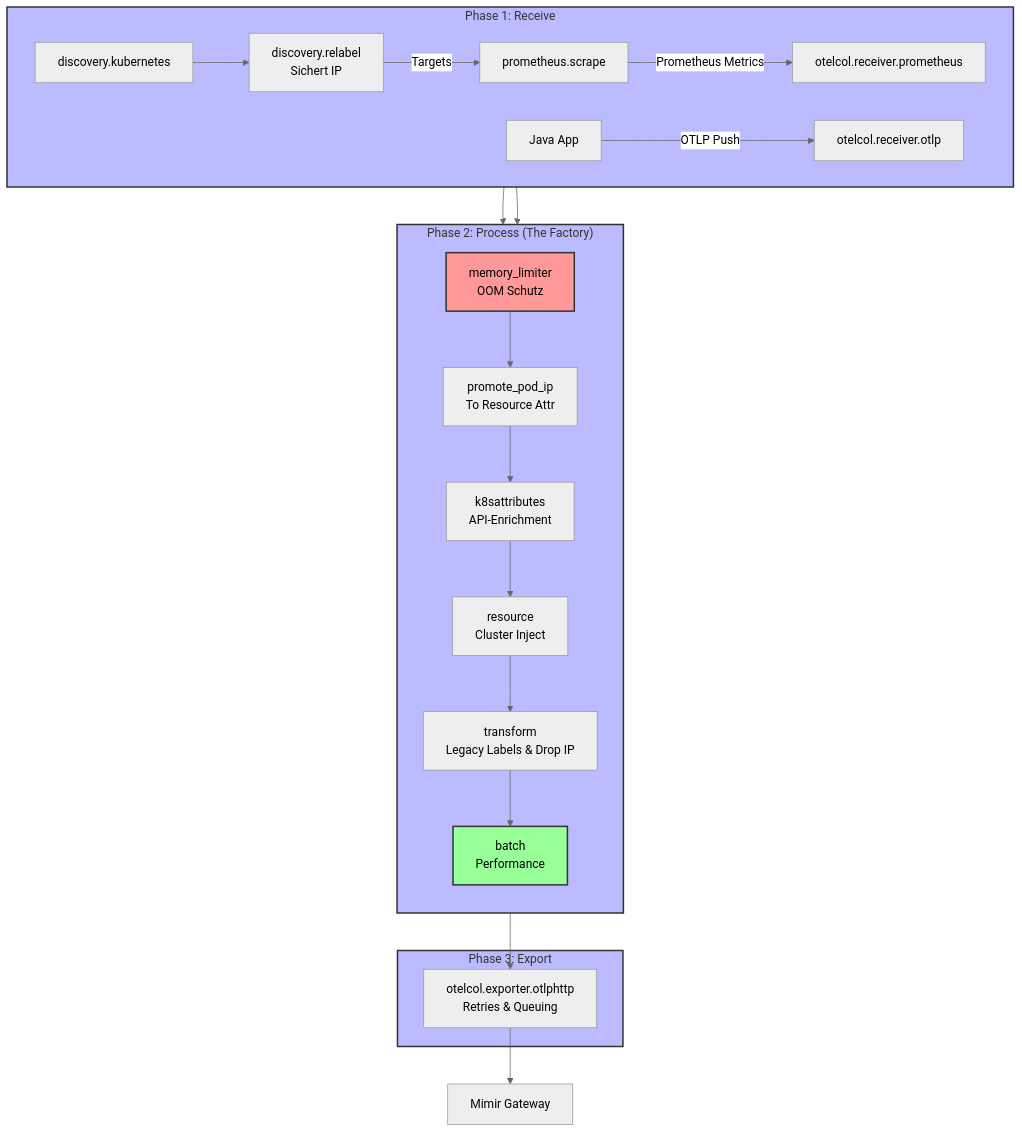
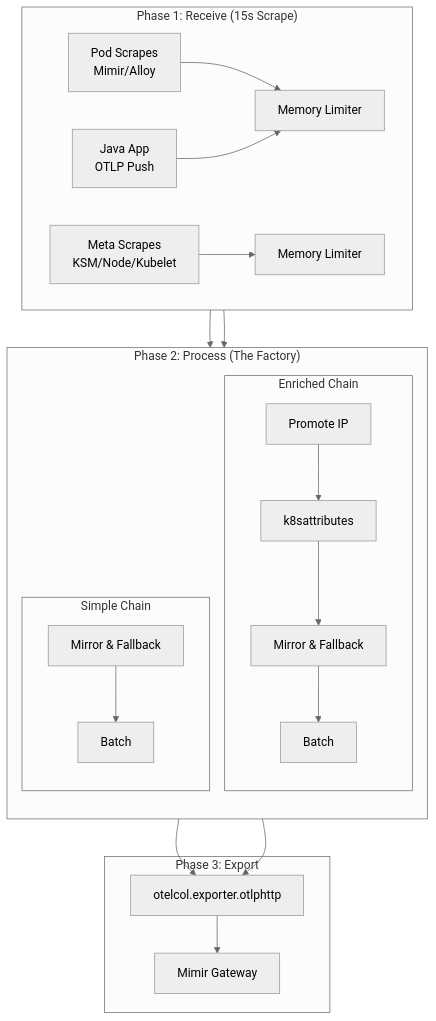
The diagram in docs/data-pipeline-concept.md (saadisfy/bwcloud-gitops), drawn with Mermaid (neutral theme) before and after one commit. The commit also changed other lines of this file and 1 other file, not shown here.

Commit message:
docs: update pipeline concept and add alloy implementation guide

````diff
--- a/docs/data-pipeline-concept.md
+++ b/docs/data-pipeline-concept.md
@@ -251,37 +89,25 @@
 ```mermaid
 flowchart TB
-    subgraph Phase1["Phase 1: Receive"]
+    subgraph Phase1["Phase 1: Receive (15s Scrape)"]
         direction LR
-        SD[discovery.kubernetes] --> RL[discovery.relabel<br/>Sichert IP]
-        RL -- "Targets" --> PS[prometheus.scrape]
-        PS -- "Prometheus Metrics" --> RP[otelcol.receiver.prometheus]
-        
-        APP[Java App] -- "OTLP Push" --> RO[otelcol.receiver.otlp]
+        PODS[Pod Scrapes<br/>Mimir/Alloy] --> ENR_IN
+        META[Meta Scrapes<br/>KSM/Node/Kubelet] --> SIM_IN
+        APP[Java App<br/>OTLP Push] --> ENR_IN
     end
 
     subgraph Phase2["Phase 2: Process (The Factory)"]
         direction TB
-        ML[memory_limiter<br/>OOM Schutz] --> PP[promote_pod_ip<br/>To Resource Attr]
-        PP --> KA[k8sattributes<br/>API-Enrichment]
-        KA --> RS[resource<br/>Cluster Inject]
-        RS --> TF[transform<br/>Legacy Labels & Drop IP]
-        TF --> BA[batch<br/>Performance]
+        subgraph Enriched["Enriched Chain"]
+            ENR_IN[Memory Limiter] --> ENR_PP[Promote IP] --> ENR_KA[k8sattributes] --> ENR_MIR[Mirror & Fallback] --> ENR_BAT[Batch]
+        end
+        subgraph Simple["Simple Chain"]
+            SIM_IN[Memory Limiter] --> SIM_MIR[Mirror & Fallback] --> SIM_BAT[Batch]
+        end
     end
 
     subgraph Phase3["Phase 3: Export"]
-        OTLP[otelcol.exporter.otlphttp<br/>Retries & Queuing]
+        ENR_BAT --> OTLP[otelcol.exporter.otlphttp]
+        SIM_BAT --> OTLP
+        OTLP --> GW[Mimir Gateway]
     end
-
-    %% Connections
-    RP --> ML
-    RO --> ML
-    BA --> OTLP
-    OTLP --> GW[Mimir Gateway]
-
-    %% Styling
-    style Phase1 fill:#bbf,stroke:#333,stroke-width:2px
-    style Phase2 fill:#bbf,stroke:#333,stroke-width:2px
-    style Phase3 fill:#bbf,stroke:#333,stroke-width:2px
-    style ML fill:#ff9999,stroke:#333,stroke-width:2px
-    style BA fill:#99ff99,stroke:#333,stroke-width:2px
 ```
````
